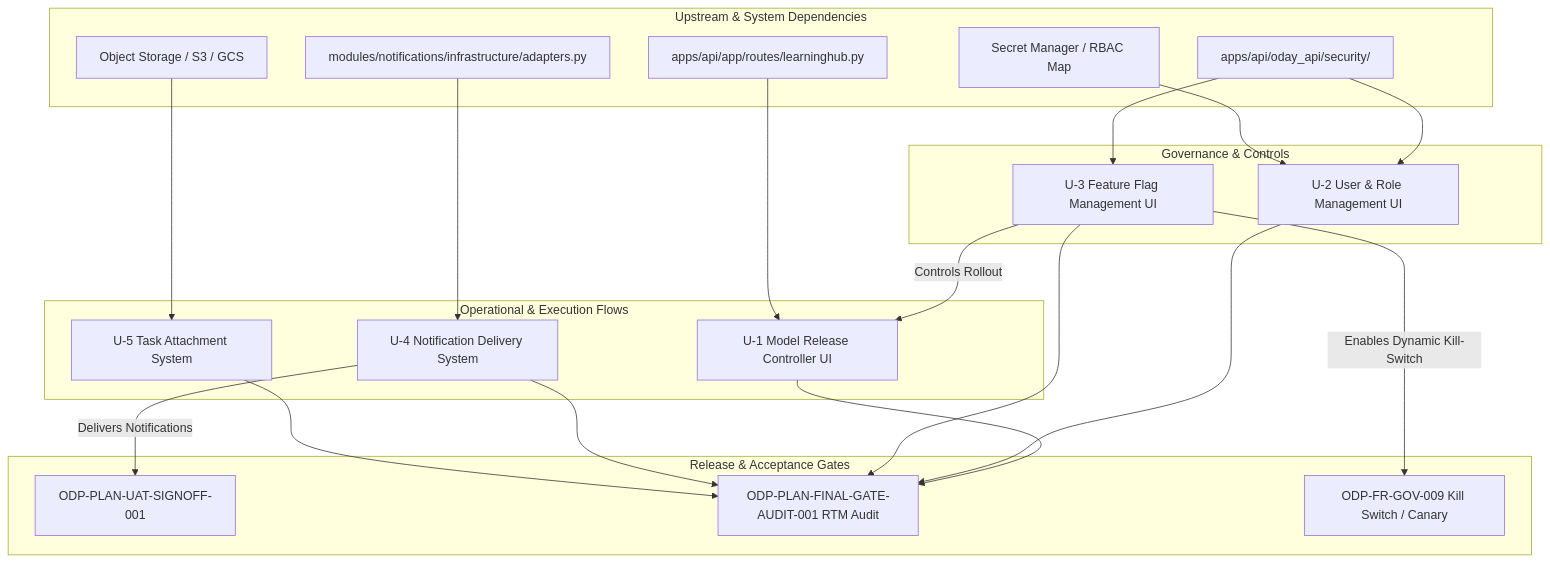
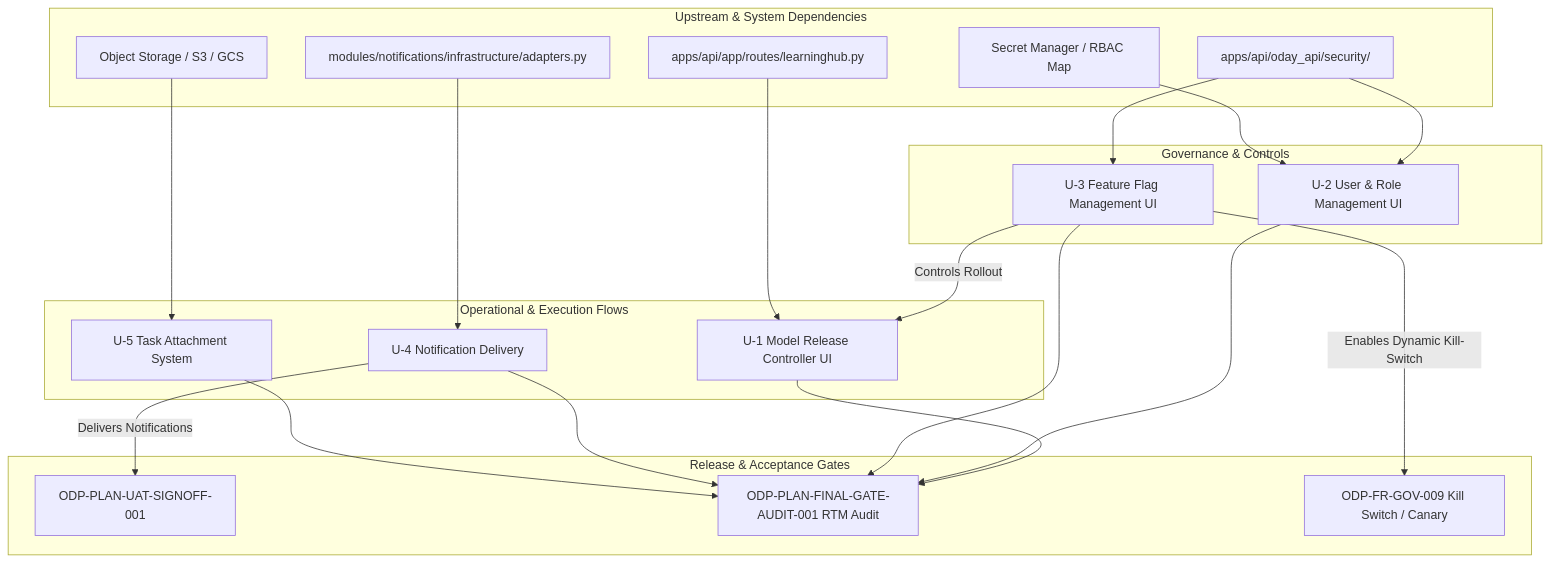
One commit to alfloop-dev/odayplus changed the diagram in support/sidecars/ODP-CAP-UNOWNED-SCOPE-DECISION-001/ODP-CAP-UNOWNED-SCOPE-DECISION-001-SIDECAR-ACCEPTANCE.md. Above: the diagram before and after it, drawn with Mermaid. The commit also changed other lines of this file, not shown here.

````diff
--- a/support/sidecars/ODP-CAP-UNOWNED-SCOPE-DECISION-001/ODP-CAP-UNOWNED-SCOPE-DECISION-001-SIDECAR-ACCEPTANCE.md
+++ b/support/sidecars/ODP-CAP-UNOWNED-SCOPE-DECISION-001/ODP-CAP-UNOWNED-SCOPE-DECISION-001-SIDECAR-ACCEPTANCE.md
@@ -27,44 +60,44 @@
 ```mermaid
 flowchart TD
     subgraph Core_Governance [Governance & Controls]
         U3[U-3 Feature Flag Management UI]
         U2[U-2 User & Role Management UI]
     end
 
     subgraph Operation_Flows [Operational & Execution Flows]
         U1[U-1 Model Release Controller UI]
-        U4[U-4 Notification Delivery System]
+        U4[U-4 Notification Delivery]
         U5[U-5 Task Attachment System]
     end
 
     subgraph Dependencies [Upstream & System Dependencies]
         API_LH[apps/api/app/routes/learninghub.py]
         API_AUTH[apps/api/oday_api/security/]
         NOTIF_MOD[modules/notifications/infrastructure/adapters.py]
         SECRET_MGR[Secret Manager / RBAC Map]
         STORAGE[Object Storage / S3 / GCS]
     end
 
     subgraph Gates [Release & Acceptance Gates]
         UAT[ODP-PLAN-UAT-SIGNOFF-001]
         RTM[ODP-PLAN-FINAL-GATE-AUDIT-001 RTM Audit]
         GOV_009[ODP-FR-GOV-009 Kill Switch / Canary]
     end
 
     U3 -->|Enables Dynamic Kill-Switch| GOV_009
     U3 -->|Controls Rollout| U1
     API_AUTH --> U3
     API_AUTH --> U2
     SECRET_MGR --> U2
-    
+
     API_LH --> U1
     NOTIF_MOD --> U4
     U4 -->|Delivers Notifications| UAT
     STORAGE --> U5
-    
+
     U1 --> RTM
     U2 --> RTM
     U3 --> RTM
     U4 --> RTM
     U5 --> RTM
 ```
````
